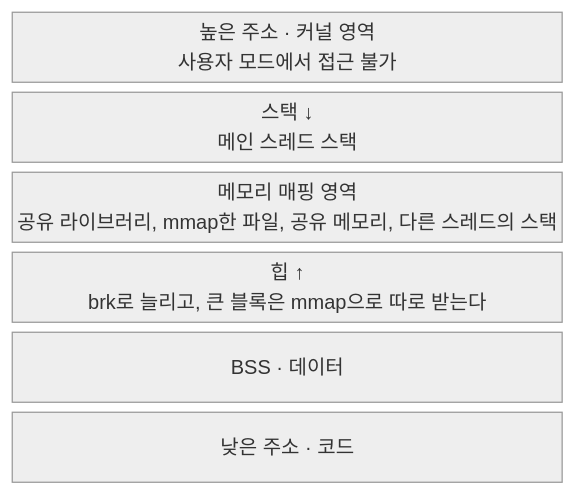
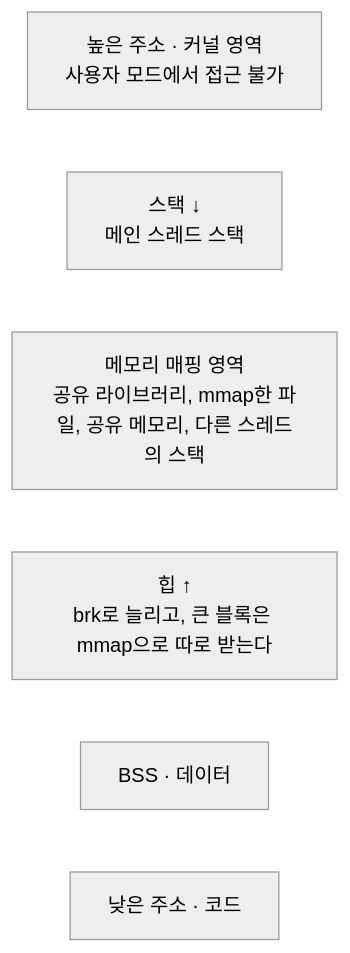
One commit to HerrineKim/riverlog changed the second of 3 diagrams in content/knowledge/Computer-Science/Operating-System/process-and-thread.md. Above: the diagram before and after it, drawn with Mermaid (neutral theme). The commit also changed 6 other files, not shown here.

First line of the commit message:
docs(knowledge): block-beta 다이어그램을 flowchart로, note 스킬에 다이어그램 종류 추가

````diff
--- a/content/knowledge/Computer-Science/Operating-System/process-and-thread.md
+++ b/content/knowledge/Computer-Science/Operating-System/process-and-thread.md
@@ -57,10 +57,10 @@
 ```mermaid
-block-beta
-  columns 1
+flowchart TB
   kernel["높은 주소 · 커널 영역<br/>사용자 모드에서 접근 불가"]
   stack["스택 ↓<br/>메인 스레드 스택"]
   mmap["메모리 매핑 영역<br/>공유 라이브러리, mmap한 파일, 공유 메모리, 다른 스레드의 스택"]
   heap["힙 ↑<br/>brk로 늘리고, 큰 블록은 mmap으로 따로 받는다"]
   bss["BSS · 데이터"]
   code["낮은 주소 · 코드"]
+  kernel ~~~ stack ~~~ mmap ~~~ heap ~~~ bss ~~~ code
 ```
````
